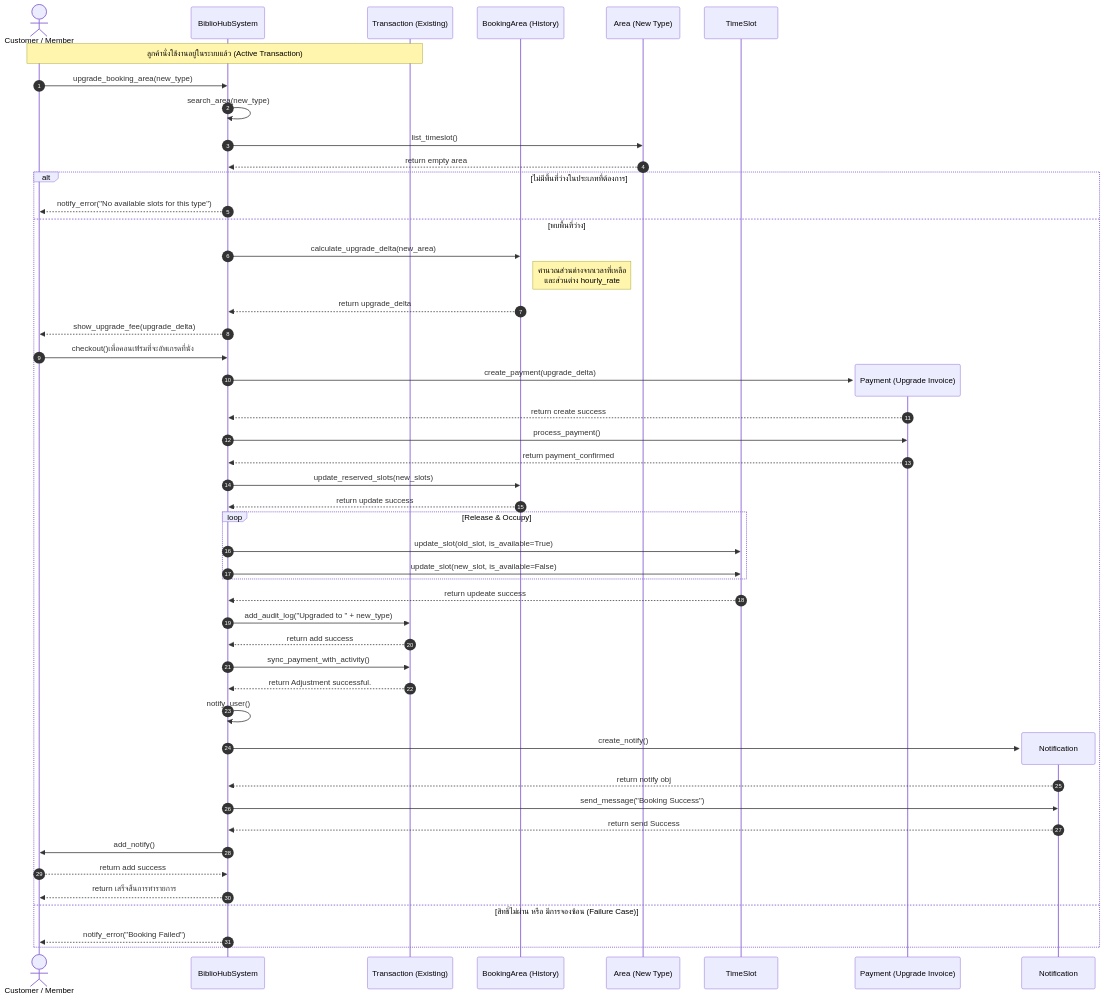
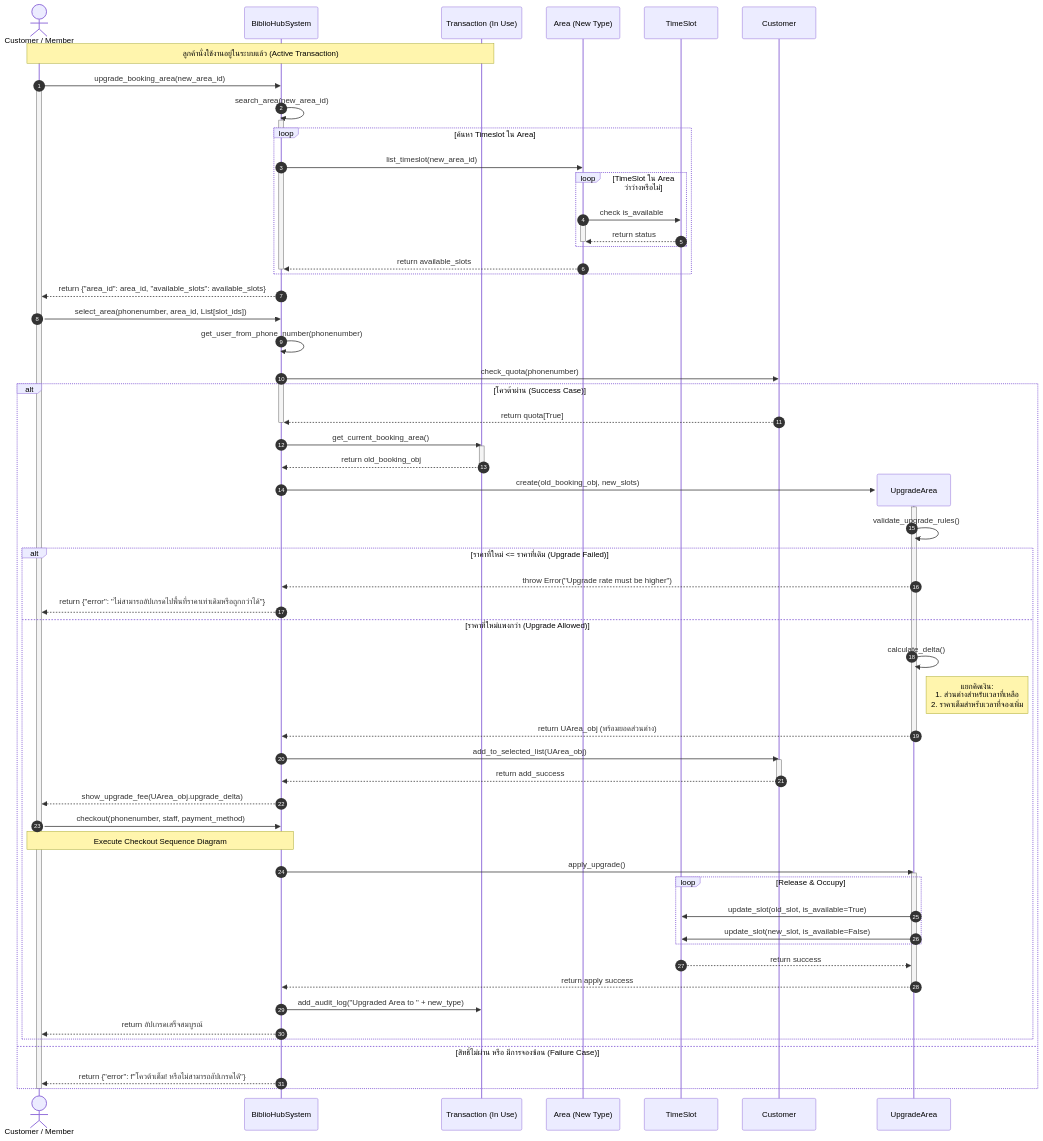
Before and after one commit to NadtaphumBadkhunthod/OOP: the diagram in mermaid/seq_upgrade_area.mmd, drawn with Mermaid. The commit also changed 1 other file, not shown here.

Commit message:
creat upgrade_area in classdiagram and seq

```diff
--- a/mermaid/seq_upgrade_area.mmd
+++ b/mermaid/seq_upgrade_area.mmd
@@ -1,56 +1,100 @@
 sequenceDiagram
     autonumber
     actor Customer as Customer / Member
     participant System as BiblioHubSystem
-    participant Trans as Transaction (Existing)
-    participant BArea as BookingArea (History)
+    participant Trans as Transaction (In Use)
     participant NewArea as Area (New Type)
     participant Slot as TimeSlot
+    participant Customers as Customer
+    
     Note over Customer, Trans: ลูกค้านั่งใช้งานอยู่ในระบบแล้ว (Active Transaction)
 
-    Customer->>System: upgrade_booking_area(new_type)
-    System->>System: search_area(new_type)
-    System->>NewArea: list_timeslot()
-    NewArea-->>System: return empty area
+    Customer->>System: upgrade_booking_area(new_area_id)
+    activate Customer
     
-    alt ไม่มีพื้นที่ว่างในประเภทที่ต้องการ
-        System-->>Customer: notify_error("No available slots for this type")
-    else พบพื้นที่ว่าง
-        System->>BArea: calculate_upgrade_delta(new_area)
-        Note right of BArea: คำนวณส่วนต่างจากเวลาที่เหลือ <br/> และส่วนต่าง hourly_rate
-        BArea-->>System: return upgrade_delta
+    System->>System: search_area(new_area_id)
+    activate System
+    deactivate System
+    
+    %% ลูปค้นหาสล็อตว่าง
+    loop ค้นหา Timeslot ใน Area
+        System->>NewArea: list_timeslot(new_area_id)
+        activate System
+        loop TimeSlot ใน Area ว่าว่างหรือไม่
+            NewArea->>Slot: check is_available
+            activate NewArea
+            Slot-->>NewArea: return status
+            deactivate NewArea
+        end
+        NewArea-->>System: return available_slots
+        deactivate System
+    end
+
+    System -->> Customer : return {"area_id": area_id, "available_slots": available_slots}
+
+    Customer->>System: select_area(phonenumber, area_id, List[slot_ids])
+    System->>System: get_user_from_phone_number(phonenumber)
+    
+    %% เช็คเวลาที่บวกเพิ่มว่าเกินโควต้าไหม
+    System->>Customers: check_quota(phonenumber)
+    activate System
+    
+    alt โควต้าผ่าน (Success Case)
+        Customers-->>System: return quota[True]
+        deactivate System
         
-        System-->>Customer: show_upgrade_fee(upgrade_delta)
+        %% ดึงข้อมูลที่นั่งเก่าออกมาเพื่อเตรียมเปรียบเทียบ
+        System->>Trans: get_current_booking_area()
+        activate Trans
+        Trans-->>System: return old_booking_obj
+        deactivate Trans
         
-        Customer->>System: checkout()เพื่อคอนเฟิร์มที่จะอัพเกรดที่นั่ง
-        create participant Pay as Payment (Upgrade Invoice)
-        System->>Pay: create_payment(upgrade_delta)
-		Pay-->>System: return create success
-        System->>Pay: process_payment()
-        Pay-->>System: return payment_confirmed
-
-        System->>BArea: update_reserved_slots(new_slots)
-        BArea-->>System: return update success
+        create participant UArea as UpgradeArea
+        System->>UArea: create(old_booking_obj, new_slots)
+        activate UArea
         
-        loop Release & Occupy
-            System->>Slot: update_slot(old_slot, is_available=True)
-            System->>Slot: update_slot(new_slot, is_available=False)
+        %% ตรวจสอบเงื่อนไขการอัปเกรด (ราคาต้องแพงกว่าเดิม)
+        UArea->>UArea: validate_upgrade_rules()
+        
+        alt ราคาที่ใหม่ <= ราคาที่เดิม (Upgrade Failed)
+            UArea-->>System: throw Error("Upgrade rate must be higher")
+            System-->>Customer: return {"error": "ไม่สามารถอัปเกรดไปพื้นที่ราคาเท่าเดิมหรือถูกกว่าได้"}
+        else ราคาที่ใหม่แพงกว่า (Upgrade Allowed)
+            UArea->>UArea: calculate_delta()
+            Note right of UArea: แยกคิดเงิน: <br/>1. ส่วนต่างสำหรับเวลาที่เหลือ<br/>2. ราคาเต็มสำหรับเวลาที่จองเพิ่ม
+            UArea-->>System: return UArea_obj (พร้อมยอดส่วนต่าง)
+            deactivate UArea
+            
+            %% จบที่การนำใส่ตะกร้า
+            System->>Customers: add_to_selected_list(UArea_obj)
+            activate Customers
+            Customers-->>System: return add_success
+            deactivate Customers
+            
+            System-->>Customer: show_upgrade_fee(UArea_obj.upgrade_delta)
+            
+            %% เรียกใช้ Checkout Flow 
+            Customer->>System: checkout(phonenumber, staff, payment_method)
+            
+            Note over Customer,System: Execute Checkout Sequence Diagram
+            
+            %%สิ่งที่ต้องทำหลัง Checkout สำเร็จ 
+            System->>UArea: apply_upgrade()
+            activate UArea
+            loop Release & Occupy
+                UArea->>Slot: update_slot(old_slot, is_available=True)
+                UArea->>Slot: update_slot(new_slot, is_available=False)
+            end
+            Slot-->>UArea: return success
+            UArea-->>System: return apply success
+            deactivate UArea
+            
+            System->>Trans: add_audit_log("Upgraded Area to " + new_type)
+            System-->>Customer: return อัปเกรดเสร็จสมบูรณ์
         end
-		Slot-->>System :return updeate success
-        System->>Trans: add_audit_log("Upgraded to " + new_type)
-		Trans-->>System: return add success
-        System->>Trans: sync_payment_with_activity()
-		Trans-->>System: return Adjustment successful.
         
-        System->>System:notify_user()
-        create participant Notify as Notification
-        System->>Notify: create_notify()
-        Notify-->>System: return notify obj
-        System->>Notify: send_message("Booking Success")
-        Notify-->>System: return send Success
-        System->>Customer:add_notify()
-        Customer-->>System: return add success
-        System-->>Customer: return เสร็จสิ้นการทำรายการ
     else สิทธิ์ไม่ผ่าน หรือ มีการจองซ้อน (Failure Case)
-        System-->>Customer: notify_error("Booking Failed")
+        System-->>Customer: return {"error": f"โควต้าเต็ม! หรือไม่สามารถอัปเกรดได้"}
     end
+    
+    deactivate Customer
```
